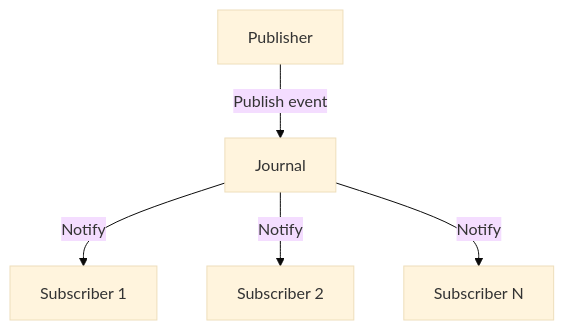
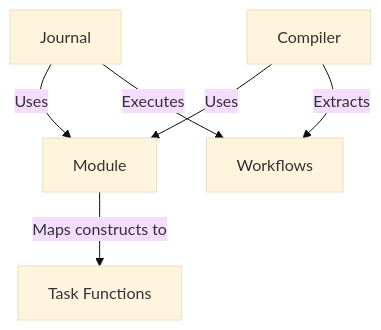
The third of 3 diagrams in memory-bank/systemPatterns.md (liamzdenek/ferment-ai), drawn with Mermaid (base theme) before and after one commit. The commit also changed other lines of this file and 34 other files, not shown here.

````diff
--- a/memory-bank/systemPatterns.md
+++ b/memory-bank/systemPatterns.md
@@ -64,7 +59,8 @@
 ```mermaid
 graph TD
-    Publisher[Publisher] -->|Publish event| Journal[Journal]
-    Journal -->|Notify| Subscriber1[Subscriber 1]
-    Journal -->|Notify| Subscriber2[Subscriber 2]
-    Journal -->|Notify| SubscriberN[Subscriber N]
+    Module[Module] -->|Maps constructs to| TaskFunction[Task Functions]
+    Journal[Journal] -->|Uses| Module
+    Compiler[Compiler] -->|Uses| Module
+    Compiler -->|Extracts| Workflow[Workflows]
+    Journal -->|Executes| Workflow
 ```
````
